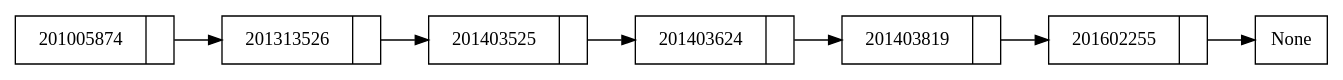
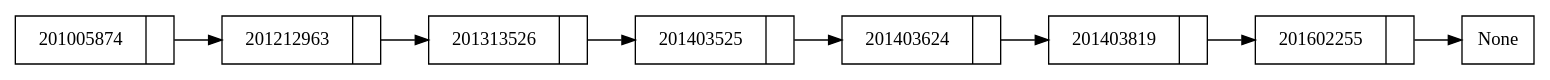
One commit to jmansilla-2014056/EDD_P3_Blockchain-Simulador-Client changed the diagram in Vista/Inn-Order.gv. Above: the diagram before and after it, drawn with Graphviz. The commit also changed 11 other files, not shown here.

```diff
--- a/Vista/Inn-Order.gv
+++ b/Vista/Inn-Order.gv
@@ -1,16 +1,18 @@
 digraph structs {
 	node [shape=record]
 	rankdir=LR
-	<Modelos.LinkedList.node object at 0x03B4ADF0> [label="{201005874|}"]
-	<Modelos.LinkedList.node object at 0x03B540D0> [label="{201313526|}"]
-	<Modelos.LinkedList.node object at 0x03B5D450> [label="{201403525|}"]
-	<Modelos.LinkedList.node object at 0x03B5D350> [label="{201403624|}"]
-	<Modelos.LinkedList.node object at 0x03B5D370> [label="{201403819|}"]
-	<Modelos.LinkedList.node object at 0x03B5D3B0> [label="{201602255|}"]
-	<Modelos.LinkedList.node object at 0x03B4ADF0> -> <Modelos.LinkedList.node object at 0x03B540D0>
-	<Modelos.LinkedList.node object at 0x03B540D0> -> <Modelos.LinkedList.node object at 0x03B5D450>
-	<Modelos.LinkedList.node object at 0x03B5D450> -> <Modelos.LinkedList.node object at 0x03B5D350>
-	<Modelos.LinkedList.node object at 0x03B5D350> -> <Modelos.LinkedList.node object at 0x03B5D370>
-	<Modelos.LinkedList.node object at 0x03B5D370> -> <Modelos.LinkedList.node object at 0x03B5D3B0>
-	<Modelos.LinkedList.node object at 0x03B5D3B0> -> None
+	<Modelos.LinkedList.node object at 0x03DC43F0> [label="{201005874|}"]
+	<Modelos.LinkedList.node object at 0x03D4DCD0> [label="{201212963|}"]
+	<Modelos.LinkedList.node object at 0x03DCBC10> [label="{201313526|}"]
+	<Modelos.LinkedList.node object at 0x03DCBC30> [label="{201403525|}"]
+	<Modelos.LinkedList.node object at 0x03DCBC50> [label="{201403624|}"]
+	<Modelos.LinkedList.node object at 0x03DCB890> [label="{201403819|}"]
+	<Modelos.LinkedList.node object at 0x03DD0350> [label="{201602255|}"]
+	<Modelos.LinkedList.node object at 0x03DC43F0> -> <Modelos.LinkedList.node object at 0x03D4DCD0>
+	<Modelos.LinkedList.node object at 0x03D4DCD0> -> <Modelos.LinkedList.node object at 0x03DCBC10>
+	<Modelos.LinkedList.node object at 0x03DCBC10> -> <Modelos.LinkedList.node object at 0x03DCBC30>
+	<Modelos.LinkedList.node object at 0x03DCBC30> -> <Modelos.LinkedList.node object at 0x03DCBC50>
+	<Modelos.LinkedList.node object at 0x03DCBC50> -> <Modelos.LinkedList.node object at 0x03DCB890>
+	<Modelos.LinkedList.node object at 0x03DCB890> -> <Modelos.LinkedList.node object at 0x03DD0350>
+	<Modelos.LinkedList.node object at 0x03DD0350> -> None
 }
```
